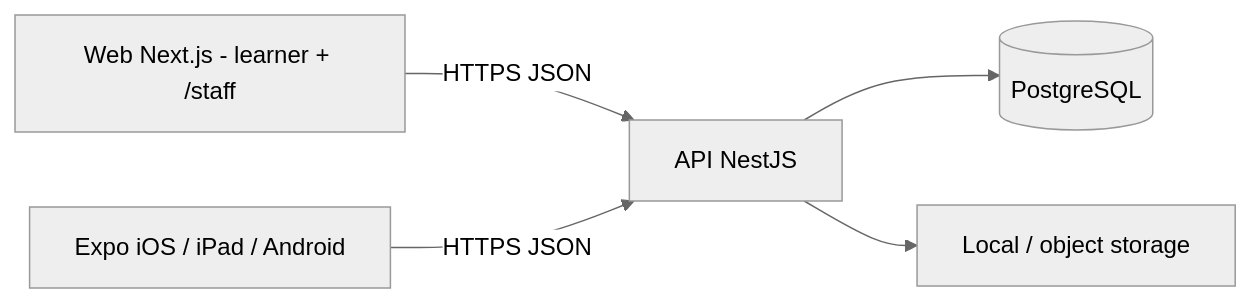
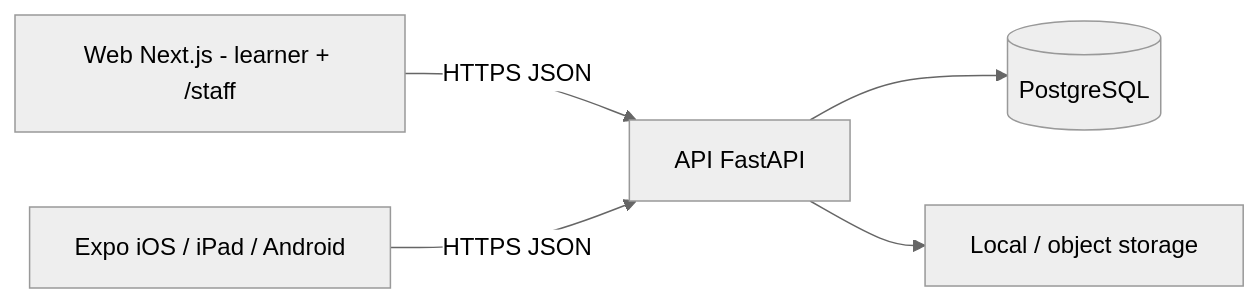
The second of 8 diagrams in docs/sad/03-design/diagrams.md (quyendolearndata/JPLearn), drawn with Mermaid (neutral theme) before and after one commit. The commit also changed other lines of this file and 167 other files, not shown here.

Commit message:
chore(api): checkpoint FastAPI replatform baseline

````diff
--- a/docs/sad/03-design/diagrams.md
+++ b/docs/sad/03-design/diagrams.md
@@ -25,13 +25,13 @@
 ```mermaid
 flowchart LR
   Web[Web Next.js - learner + /staff]
   Expo[Expo iOS / iPad / Android]
-  API[API NestJS]
+  API[API FastAPI]
   DB[(PostgreSQL)]
   Files[Local / object storage]
 
   Web -->|HTTPS JSON| API
   Expo -->|HTTPS JSON| API
   API --> DB
   API --> Files
 ```
````
